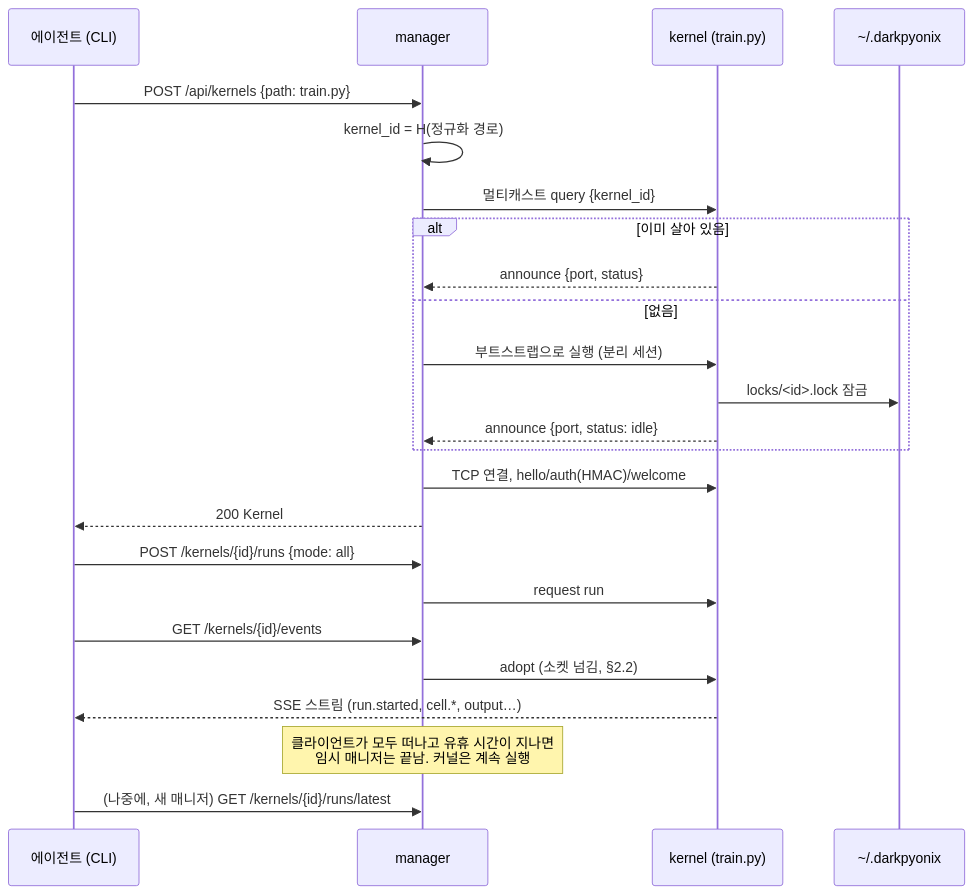
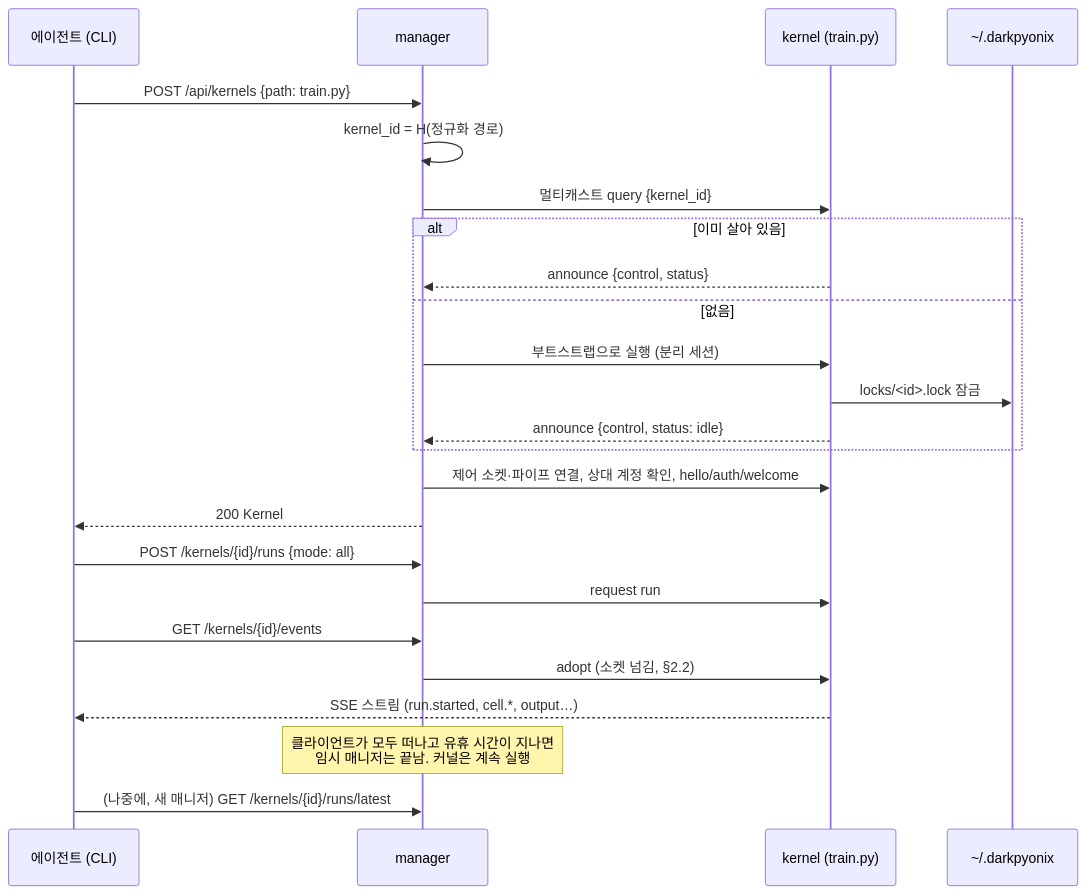
One commit to DarkPyonix/darkpyonix changed the fifth of 6 diagrams in docs/ARCHITECTURE.md. Above: the diagram before and after it, drawn with Mermaid. The commit also changed other lines of this file and 6 other files, not shown here.

````diff
--- a/docs/ARCHITECTURE.md
+++ b/docs/ARCHITECTURE.md
@@ -148,27 +147,27 @@
 ```mermaid
 sequenceDiagram
   participant A as 에이전트 (CLI)
   participant M as manager
   participant K as kernel (train.py)
   participant FS as ~/.darkpyonix
 
   A->>M: POST /api/kernels {path: train.py}
   M->>M: kernel_id = H(정규화 경로)
   M->>K: 멀티캐스트 query {kernel_id}
   alt 이미 살아 있음
-    K-->>M: announce {port, status}
+    K-->>M: announce {control, status}
   else 없음
     M->>K: 부트스트랩으로 실행 (분리 세션)
     K->>FS: locks/<id>.lock 잠금
-    K-->>M: announce {port, status: idle}
+    K-->>M: announce {control, status: idle}
   end
-  M->>K: TCP 연결, hello/auth(HMAC)/welcome
+  M->>K: 제어 소켓·파이프 연결, 상대 계정 확인, hello/auth/welcome
   M-->>A: 200 Kernel
   A->>M: POST /kernels/{id}/runs {mode: all}
   M->>K: request run
   A->>M: GET /kernels/{id}/events
   M->>K: adopt (소켓 넘김, §2.2)
   K-->>A: SSE 스트림 (run.started, cell.*, output…)
   Note over M: 클라이언트가 모두 떠나고 유휴 시간이 지나면<br/>임시 매니저는 끝남. 커널은 계속 실행
   A->>M: (나중에, 새 매니저) GET /kernels/{id}/runs/latest
 ```
````
